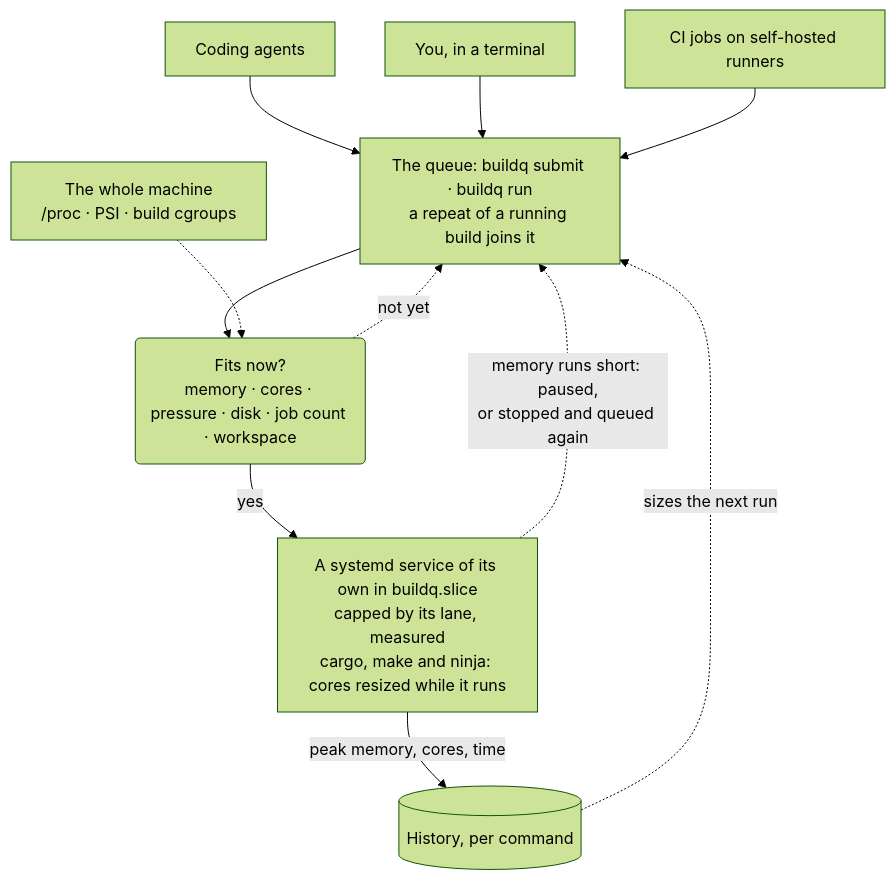
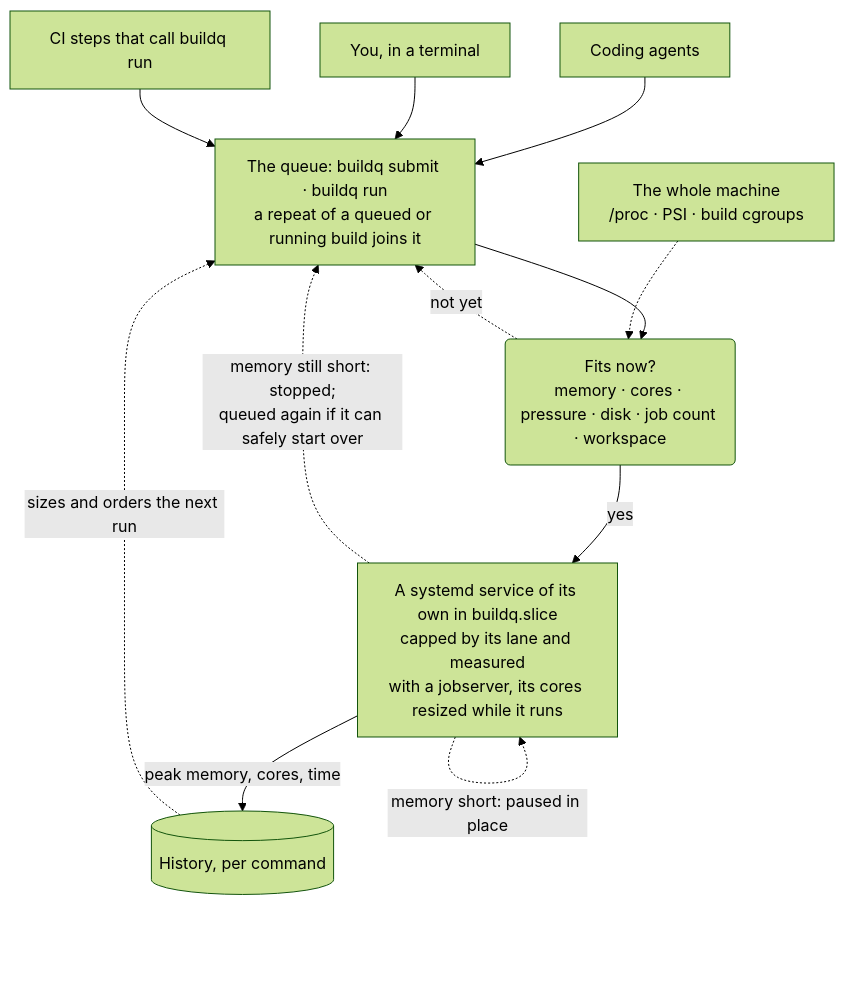
Before and after one commit to nosliwsirhc/buildq: the diagram in README.md, drawn with Mermaid (forest theme). The commit also changed other lines of this file and 3 other files, not shown here.

````diff
--- a/README.md
+++ b/README.md
@@ -29,14 +29,15 @@
 ```mermaid
 flowchart TB
     A["Coding agents"] --> Q
     T["You, in a terminal"] --> Q
-    C["CI jobs on self-hosted runners"] --> Q
-    Q["The queue: buildq submit · buildq run<br/>a repeat of a running build joins it"] --> D
+    C["CI steps that call buildq run"] --> Q
+    Q["The queue: buildq submit · buildq run<br/>a repeat of a queued or running build joins it"] --> D
     M["The whole machine<br/>/proc · PSI · build cgroups"] -.-> D
     D("Fits now?<br/>memory · cores · pressure · disk · job count · workspace") -- "yes" --> S
     D -. "not yet" .-> Q
-    S["A systemd service of its own in buildq.slice<br/>capped by its lane, measured<br/>cargo, make and ninja: cores resized while it runs"]
-    S -. "memory runs short: paused,<br/>or stopped and queued again" .-> Q
+    S["A systemd service of its own in buildq.slice<br/>capped by its lane and measured<br/>with a jobserver, its cores resized while it runs"]
+    S -. "memory short: paused in place" .-> S
+    S -. "memory still short: stopped;<br/>queued again if it can safely start over" .-> Q
     S -- "peak memory, cores, time" --> H[("History, per command")]
-    H -. "sizes the next run" .-> Q
+    H -. "sizes and orders the next run" .-> Q
 ```
````
